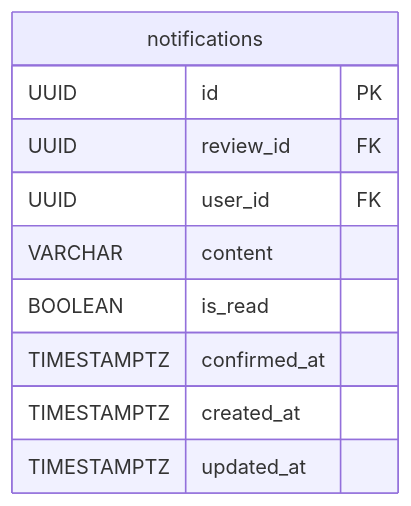
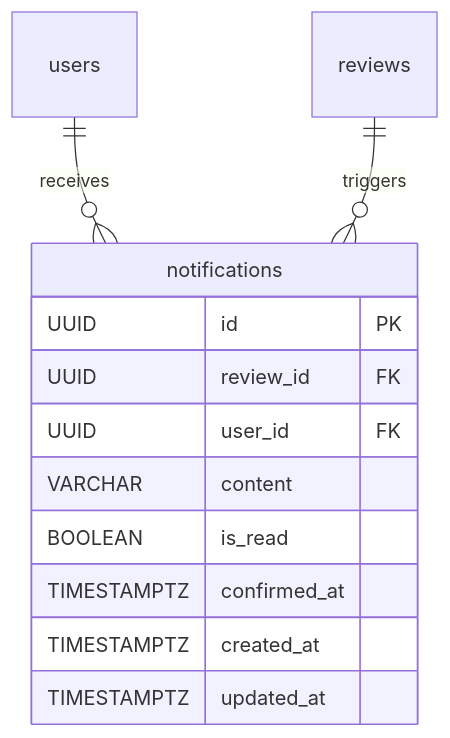
One commit to sb10-part03-team01/sb10-deokhugam-team01 changed the fifth of 6 diagrams in README.md. Above: the diagram before and after it, drawn with Mermaid.

Commit message:
Update README with notifications table diagram
Add mermaid diagram for notifications table structure

````diff
--- a/README.md
+++ b/README.md
@@ -200,13 +200,16 @@
 ```mermaid
 erDiagram
+    users ||--o{ notifications : "receives"
+    reviews ||--o{ notifications : "triggers"
+
     notifications {
         UUID id PK
         UUID review_id FK
         UUID user_id FK
         VARCHAR content
         BOOLEAN is_read
         TIMESTAMPTZ confirmed_at
         TIMESTAMPTZ created_at
         TIMESTAMPTZ updated_at
     }
 ```
````
